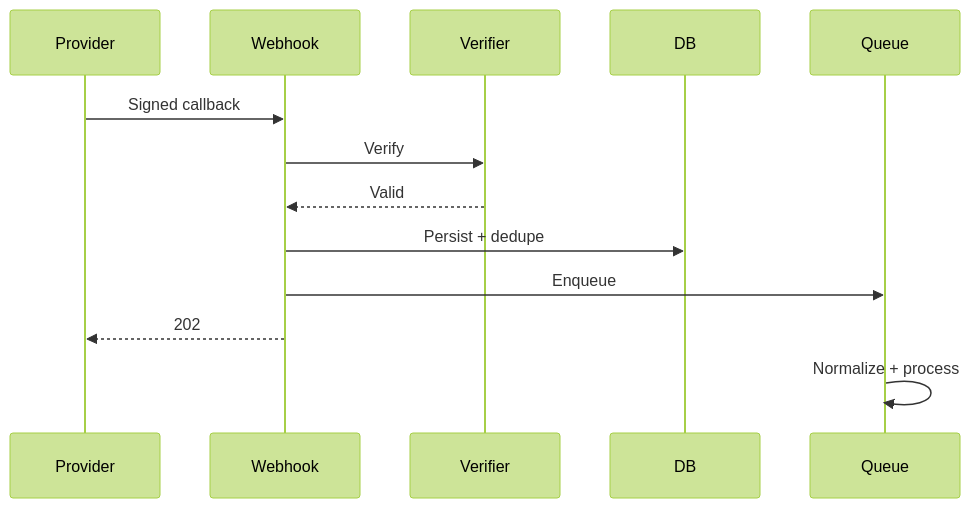
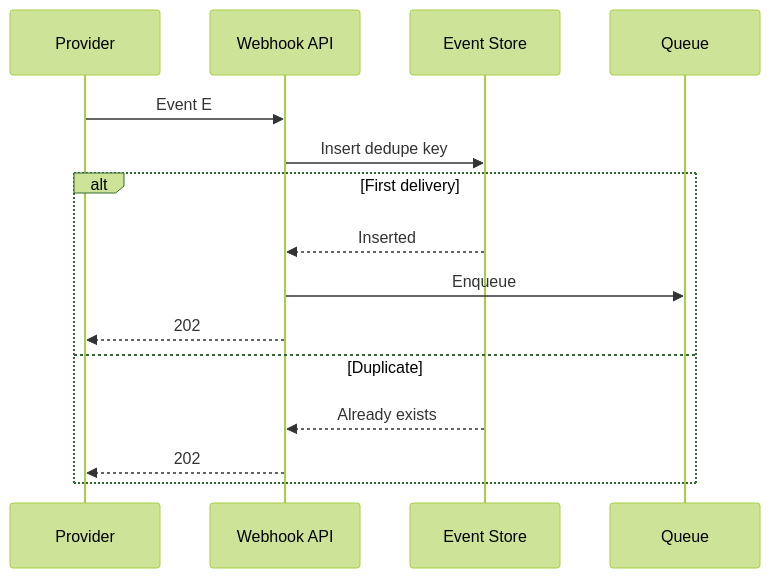
One commit to D-engahmed/OMILINKS changed the second of 2 diagrams in docs/api/webhooks.md. Above: the diagram before and after it, drawn with Mermaid (forest theme). The commit also changed other lines of this file, not shown here.

Commit message:
docs: deepen webhook api contract

````diff
--- a/docs/api/webhooks.md
+++ b/docs/api/webhooks.md
@@ -31,15 +70,17 @@
-```mermaid
+~~~mermaid
 sequenceDiagram
 participant P as Provider
-participant W as Webhook
-participant V as Verifier
-participant DB
+participant W as Webhook API
+participant DB as Event Store
 participant Q as Queue
-P->>W: Signed callback
-W->>V: Verify
-V-->>W: Valid
-W->>DB: Persist + dedupe
-W->>Q: Enqueue
-W-->>P: 202
-Q->>Q: Normalize + process
-```
+P->>W: Event E
+W->>DB: Insert dedupe key
+alt First delivery
+  DB-->>W: Inserted
+  W->>Q: Enqueue
+  W-->>P: 202
+else Duplicate
+  DB-->>W: Already exists
+  W-->>P: 202
+end
+~~~
````
